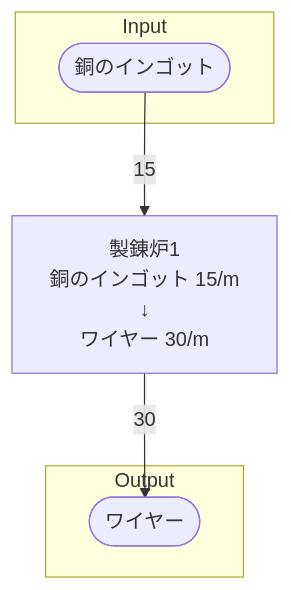
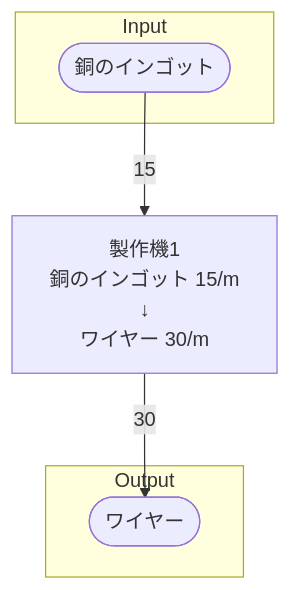
One commit to Suzuran-Amano/SatisfactoryTaskEfficiency changed the diagram in 40_FactoryBuilding/初期一時ワイヤー工場/40_個別製造ライン設計書/個別製造ライン設計書_ワイヤー製造ライン.md. Above: the diagram before and after it, drawn with Mermaid. The commit also changed other lines of this file and 5 other files, not shown here.

````diff
--- a/40_FactoryBuilding/初期一時ワイヤー工場/40_個別製造ライン設計書/個別製造ライン設計書_ワイヤー製造ライン.md
+++ b/40_FactoryBuilding/初期一時ワイヤー工場/40_個別製造ライン設計書/個別製造ライン設計書_ワイヤー製造ライン.md
@@ -19,24 +18,24 @@
 ```mermaid
 flowchart TD
 
 subgraph Input
     銅のインゴット([銅のインゴット])
 end
 
-製錬炉1[
-    製錬炉1
+製作機1[
+    製作機1
     銅のインゴット 15/m
     ↓
     ワイヤー 30/m
 ]
 
 subgraph Output
     ワイヤー([ワイヤー])
 end
 
 
-銅のインゴット-->|15|製錬炉1
-製錬炉1-->|30|ワイヤー
+銅のインゴット-->|15|製作機1
+製作機1-->|30|ワイヤー
 
 
 ```
````
